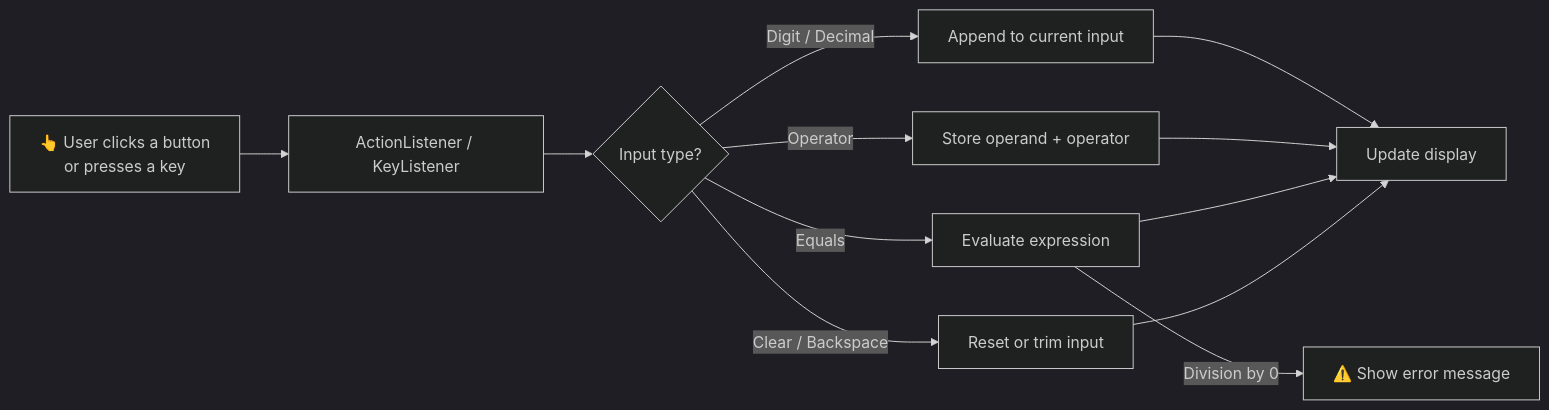
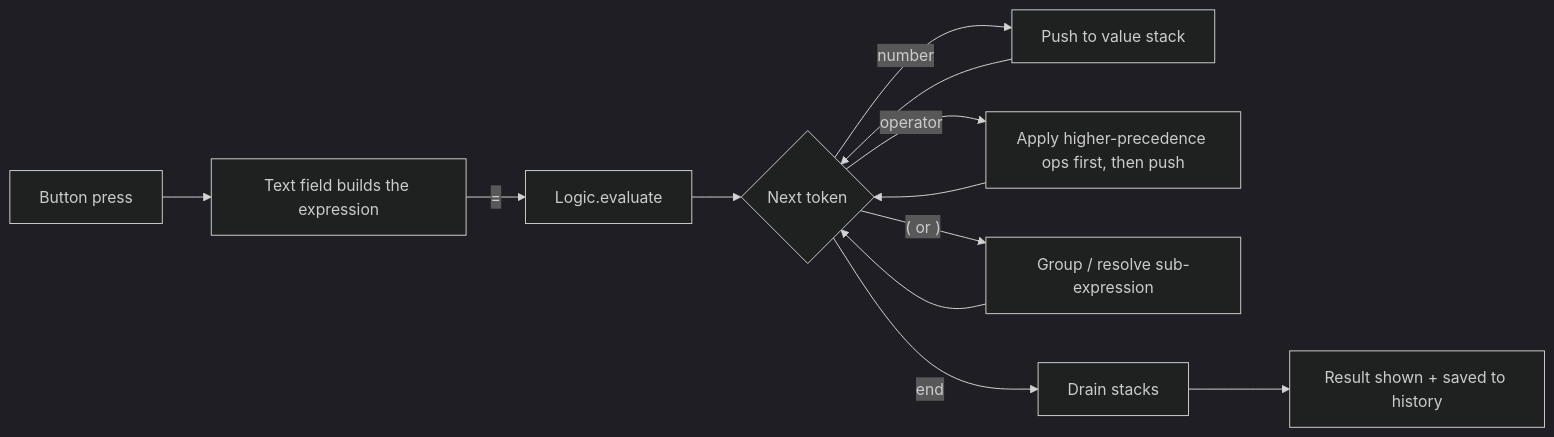
The diagram in README.md (arnav-hacked007/JavaCalculator), drawn with Mermaid (dark theme) before and after one commit. The commit also changed other lines of this file, not shown here.

````diff
--- a/README.md
+++ b/README.md
@@ -174,14 +35,14 @@
 ```mermaid
 flowchart LR
-    A[👆 User clicks a button<br/>or presses a key] --> B[ActionListener / KeyListener]
-    B --> C{Input type?}
-    C -->|Digit / Decimal| D[Append to current input]
-    C -->|Operator| E[Store operand + operator]
-    C -->|Equals| F[Evaluate expression]
-    C -->|Clear / Backspace| G[Reset or trim input]
-    D --> H[Update display]
-    E --> H
-    F --> H
-    G --> H
-    F -->|Division by 0| I[⚠️ Show error message]
+    A[Button press] --> B[Text field builds the expression]
+    B -->|"="| C[Logic.evaluate]
+    C --> D{Next token}
+    D -->|number| E[Push to value stack]
+    D -->|operator| F[Apply higher-precedence ops first, then push]
+    D -->|"( or )"| G[Group / resolve sub-expression]
+    E --> D
+    F --> D
+    G --> D
+    D -->|end| H[Drain stacks]
+    H --> I[Result shown + saved to history]
 ```
````
